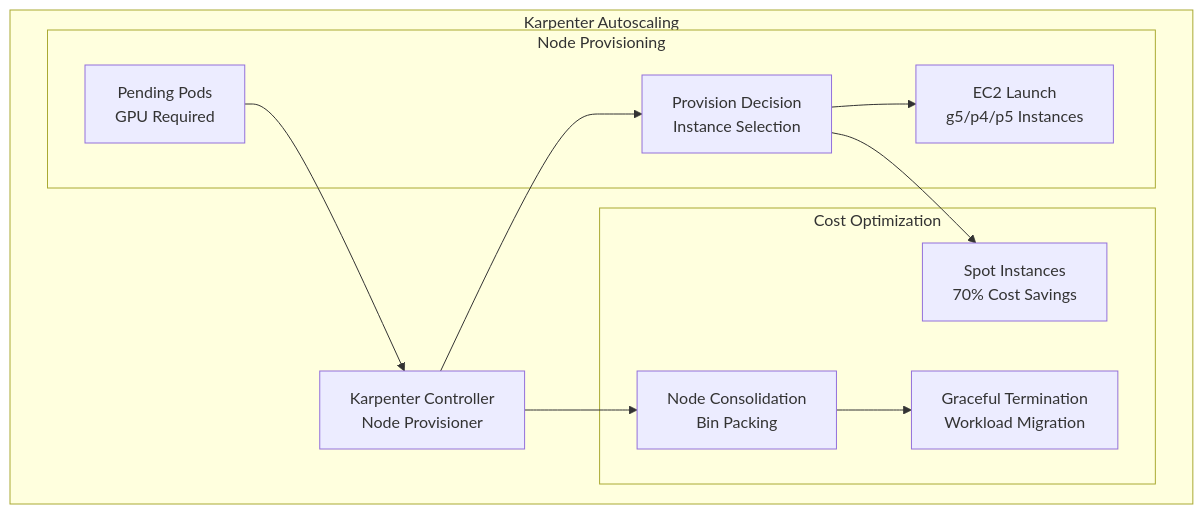
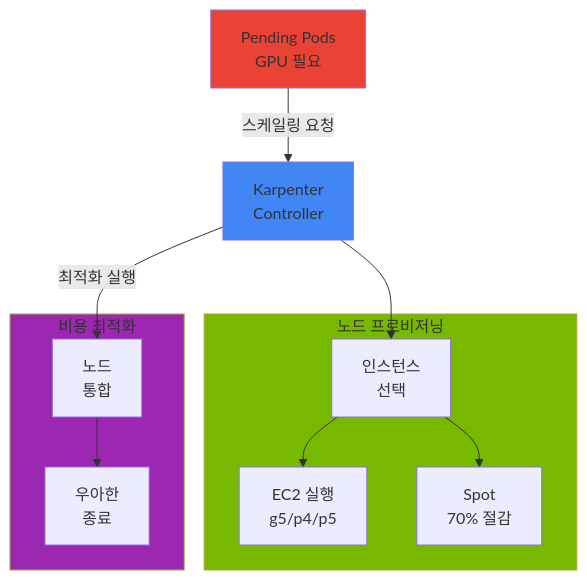
One commit to devfloor9/engineering-playbook changed the sixth of 6 diagrams in docs/agentic-ai-platform/operations-mlops/mlops-pipeline-eks.md. Above: the diagram before and after it, drawn with Mermaid. The commit also changed other lines of this file and 24 other files, not shown here.

````diff
--- a/docs/agentic-ai-platform/operations-mlops/mlops-pipeline-eks.md
+++ b/docs/agentic-ai-platform/operations-mlops/mlops-pipeline-eks.md
@@ -1080,26 +1089,29 @@
 ```mermaid
 flowchart TB
-    subgraph "Karpenter Autoscaling"
-        CONTROLLER[Karpenter Controller<br/>Node Provisioner]
-        
-        subgraph "Node Provisioning"
-            PENDING[Pending Pods<br/>GPU Required]
-            PROVISION[Provision Decision<br/>Instance Selection]
-            EC2[EC2 Launch<br/>g5/p4/p5 Instances]
-        end
-        
-        subgraph "Cost Optimization"
-            SPOT[Spot Instances<br/>70% Cost Savings]
-            CONSOLIDATION[Node Consolidation<br/>Bin Packing]
-            TERMINATION[Graceful Termination<br/>Workload Migration]
-        end
+    PENDING[Pending Pods<br/>GPU 필요]
+    CONTROLLER[Karpenter<br/>Controller]
+
+    subgraph Provisioning["노드 프로비저닝"]
+        PROVISION[인스턴스<br/>선택]
+        EC2[EC2 실행<br/>g5/p4/p5]
+        SPOT[Spot<br/>70% 절감]
     end
-    
-    PENDING --> CONTROLLER
+
+    subgraph Optimization["비용 최적화"]
+        CONSOLIDATION[노드<br/>통합]
+        TERMINATION[우아한<br/>종료]
+    end
+
+    PENDING -->|스케일링 요청| CONTROLLER
     CONTROLLER --> PROVISION
     PROVISION --> EC2
     PROVISION --> SPOT
-    
-    CONTROLLER --> CONSOLIDATION
+
+    CONTROLLER -->|최적화 실행| CONSOLIDATION
     CONSOLIDATION --> TERMINATION
+
+    style PENDING fill:#ea4335
+    style CONTROLLER fill:#4285f4
+    style Provisioning fill:#76b900
+    style Optimization fill:#9c27b0
 ```
````
